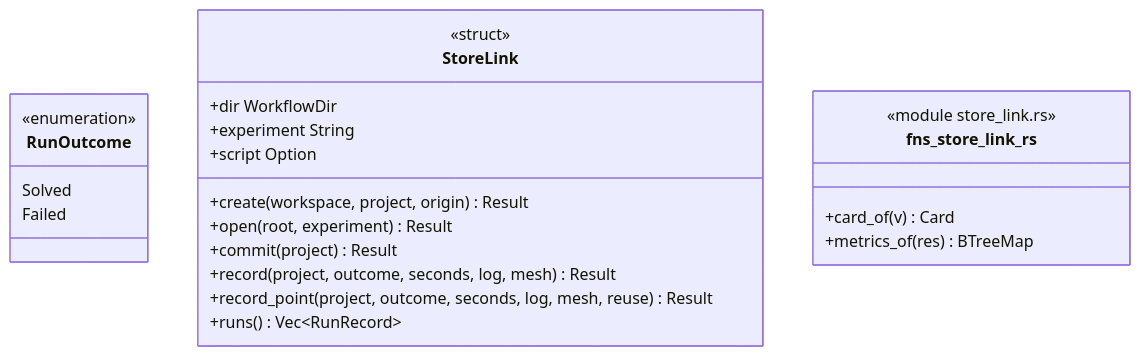
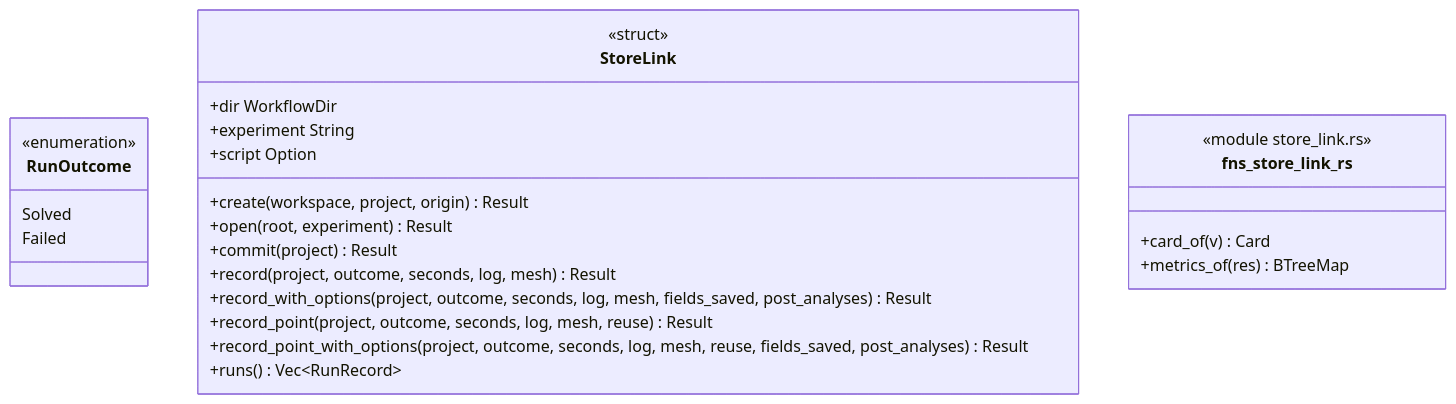
Before and after one commit to p-j-r/nyx: the diagram in docs/architecture/c4/4-code/engine/storeLink.md, drawn with Mermaid. The commit also changed other lines of this file and 150 other files, not shown here.

````diff
--- a/docs/architecture/c4/4-code/engine/storeLink.md
+++ b/docs/architecture/c4/4-code/engine/storeLink.md
@@ -40,25 +40,27 @@
 ```mermaid
 classDiagram
   class RunOutcome {
       <<enumeration>>
       Solved
       Failed
   }
   class StoreLink {
       <<struct>>
       +dir WorkflowDir
       +experiment String
       +script Option
       +create(workspace, project, origin) Result
       +open(root, experiment) Result
       +commit(project) Result
       +record(project, outcome, seconds, log, mesh) Result
+      +record_with_options(project, outcome, seconds, log, mesh, fields_saved, post_analyses) Result
       +record_point(project, outcome, seconds, log, mesh, reuse) Result
+      +record_point_with_options(project, outcome, seconds, log, mesh, reuse, fields_saved, post_analyses) Result
       +runs() Vec~RunRecord~
   }
   class fns_store_link_rs {
       <<module store_link.rs>>
       +card_of(v) Card
       +metrics_of(res) BTreeMap
   }
 ```
````
